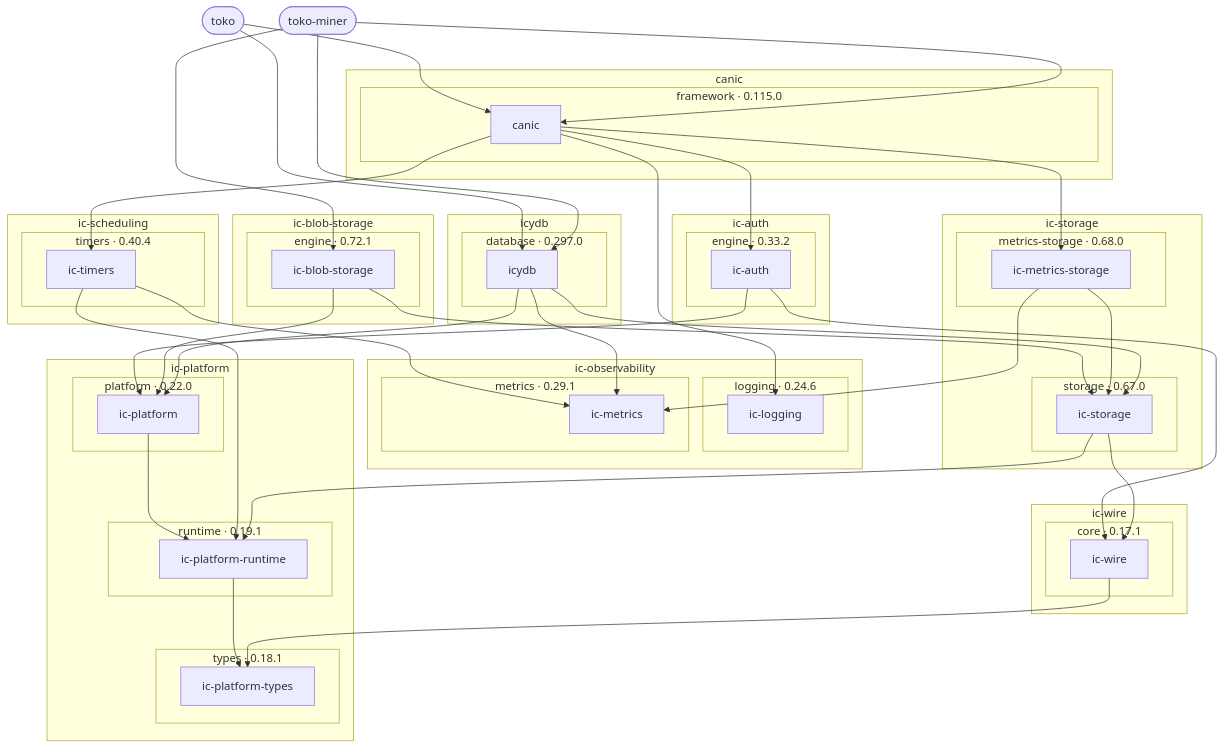
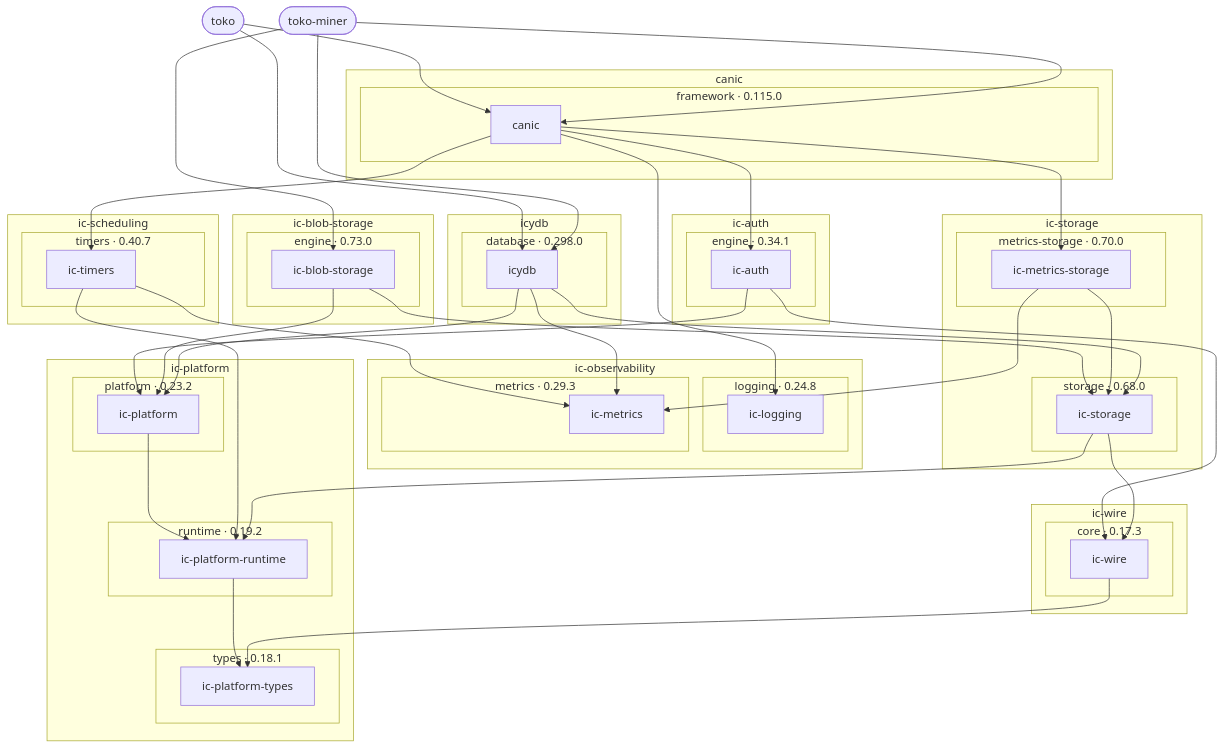
One commit to dragginzgame/shared-tooling changed the diagram in README.md. Above: the diagram before and after it, drawn with Mermaid. The commit also changed 16 other files, not shown here.

```diff
--- a/README.md
+++ b/README.md
@@ -42,28 +42,28 @@
         end
     end
     subgraph p_repo_3aic_2dauth["ic-auth"]
-        subgraph p_group_3aic_2dauth_7cengine["engine · 0.33.2"]
+        subgraph p_group_3aic_2dauth_7cengine["engine · 0.34.1"]
             p_ic_2dauth_7ccargo_3aic_2dauth["ic-auth"]
         end
     end
     subgraph p_repo_3aic_2dblob_2dstorage["ic-blob-storage"]
-        subgraph p_group_3aic_2dblob_2dstorage_7cengine["engine · 0.72.1"]
+        subgraph p_group_3aic_2dblob_2dstorage_7cengine["engine · 0.73.0"]
             p_ic_2dblob_2dstorage_7ccargo_3aic_2dblob_2dstorage["ic-blob-storage"]
         end
     end
     subgraph p_repo_3aic_2dobservability["ic-observability"]
-        subgraph p_group_3aic_2dobservability_7clogging["logging · 0.24.6"]
+        subgraph p_group_3aic_2dobservability_7clogging["logging · 0.24.8"]
             p_ic_2dobservability_7ccargo_3aic_2dlogging["ic-logging"]
         end
-        subgraph p_group_3aic_2dobservability_7cmetrics["metrics · 0.29.1"]
+        subgraph p_group_3aic_2dobservability_7cmetrics["metrics · 0.29.3"]
             p_ic_2dobservability_7ccargo_3aic_2dmetrics["ic-metrics"]
         end
     end
     subgraph p_repo_3aic_2dplatform["ic-platform"]
-        subgraph p_group_3aic_2dplatform_7cplatform["platform · 0.22.0"]
+        subgraph p_group_3aic_2dplatform_7cplatform["platform · 0.23.2"]
             p_ic_2dplatform_7ccargo_3aic_2dplatform["ic-platform"]
         end
-        subgraph p_group_3aic_2dplatform_7cruntime["runtime · 0.19.1"]
+        subgraph p_group_3aic_2dplatform_7cruntime["runtime · 0.19.2"]
             p_ic_2dplatform_7ccargo_3aic_2dplatform_2druntime["ic-platform-runtime"]
         end
         subgraph p_group_3aic_2dplatform_7ctypes["types · 0.18.1"]
@@ -71,25 +71,25 @@
         end
     end
     subgraph p_repo_3aic_2dscheduling["ic-scheduling"]
-        subgraph p_group_3aic_2dscheduling_7ctimers["timers · 0.40.4"]
+        subgraph p_group_3aic_2dscheduling_7ctimers["timers · 0.40.7"]
             p_ic_2dscheduling_7ccargo_3aic_2dtimers["ic-timers"]
         end
     end
     subgraph p_repo_3aic_2dstorage["ic-storage"]
-        subgraph p_group_3aic_2dstorage_7cmetrics_2dstorage["metrics-storage · 0.68.0"]
+        subgraph p_group_3aic_2dstorage_7cmetrics_2dstorage["metrics-storage · 0.70.0"]
             p_ic_2dstorage_7ccargo_3aic_2dmetrics_2dstorage["ic-metrics-storage"]
         end
-        subgraph p_group_3aic_2dstorage_7cstorage["storage · 0.67.0"]
+        subgraph p_group_3aic_2dstorage_7cstorage["storage · 0.68.0"]
             p_ic_2dstorage_7ccargo_3aic_2dstorage["ic-storage"]
         end
     end
     subgraph p_repo_3aic_2dwire["ic-wire"]
-        subgraph p_group_3aic_2dwire_7ccore["core · 0.17.1"]
+        subgraph p_group_3aic_2dwire_7ccore["core · 0.17.3"]
             p_ic_2dwire_7ccargo_3aic_2dwire["ic-wire"]
         end
     end
     subgraph p_repo_3aicydb["icydb"]
-        subgraph p_group_3aicydb_7cdatabase["database · 0.297.0"]
+        subgraph p_group_3aicydb_7cdatabase["database · 0.298.0"]
             p_icydb_7ccargo_3aicydb["icydb"]
         end
     end
```
